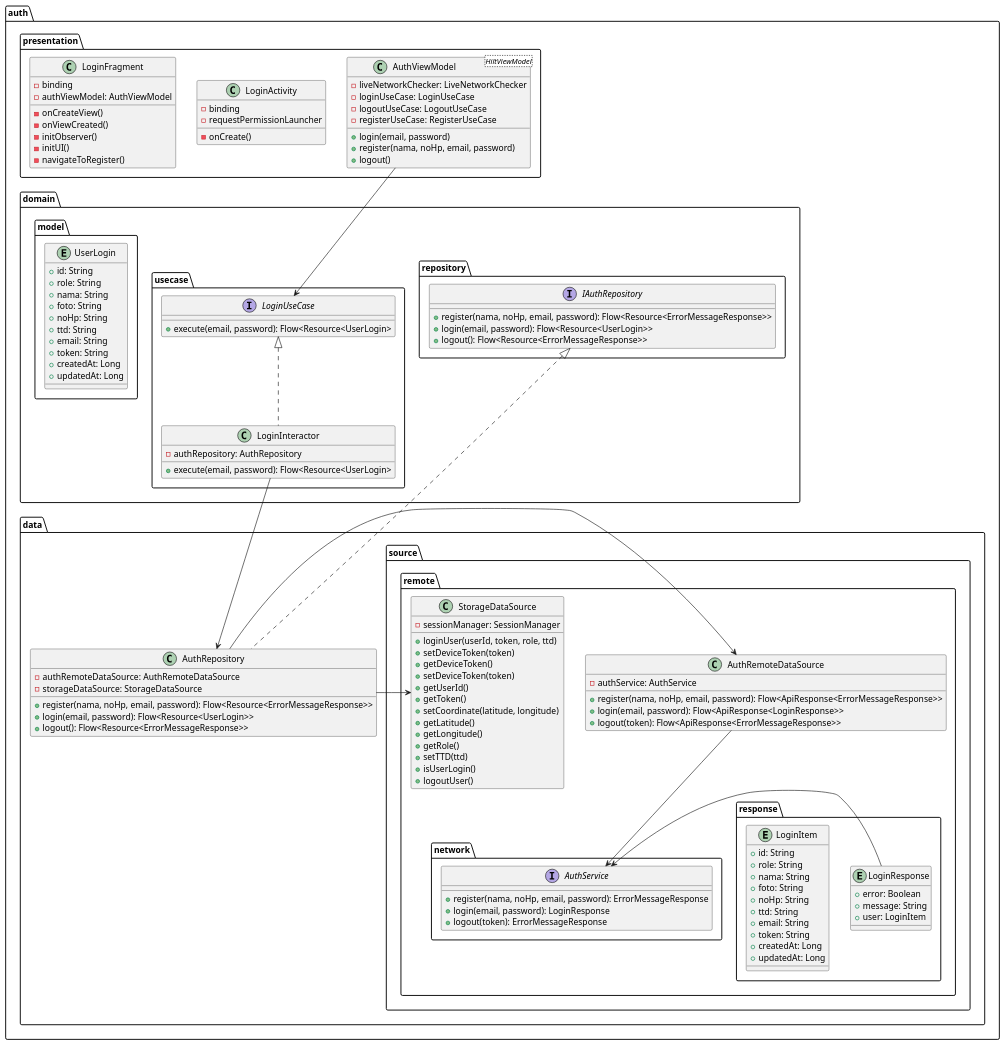
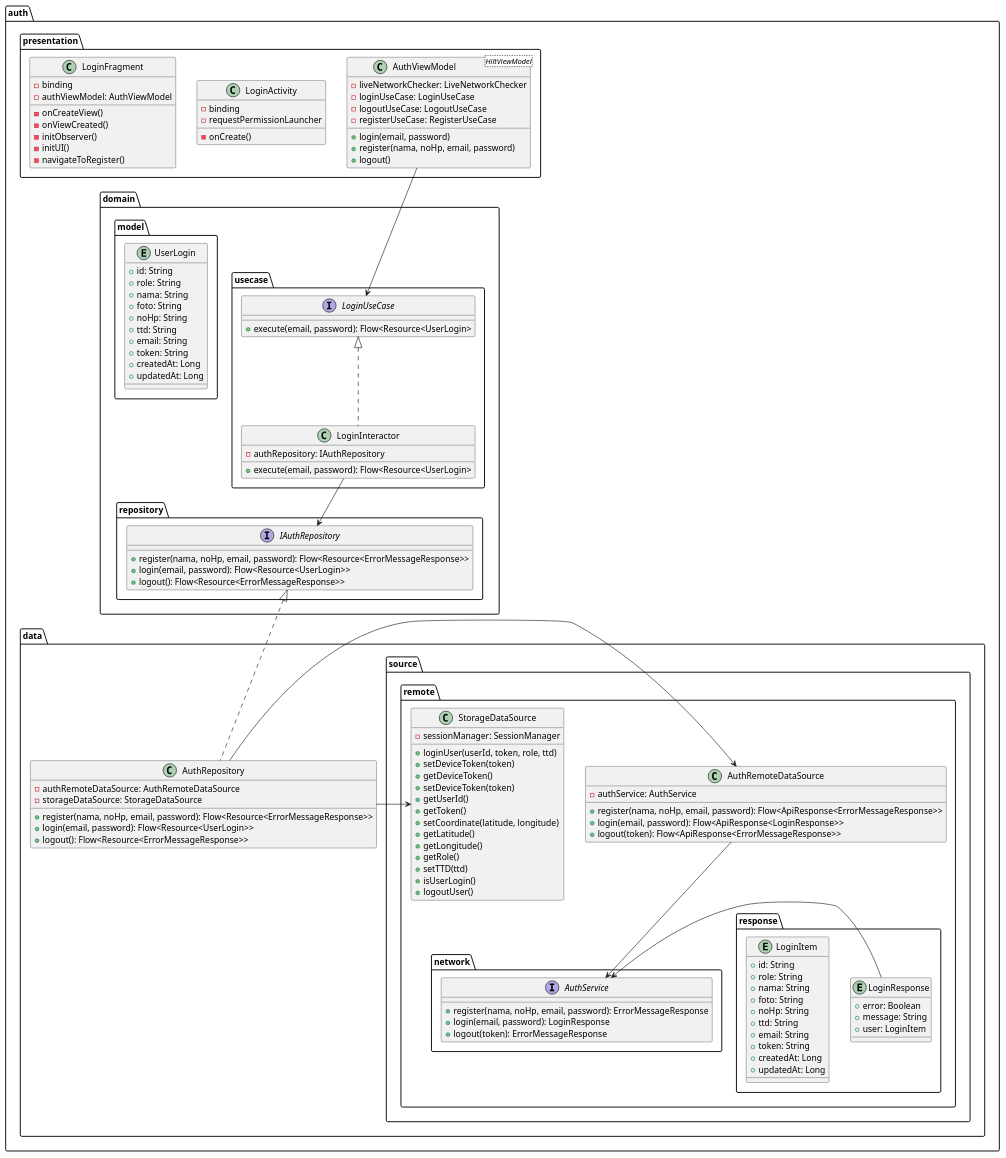
One commit to Pangeranmw/BurdaContractorAndroid changed the diagram in app/src/main/java/com/android/burdacontractor/external/diagram/classdiagram/BurdaClassDiagramTest.puml. Above: the diagram before and after it, drawn with PlantUML. The commit also changed 9 other files, not shown here.

Commit message:
update class diagram and repo

```diff
--- a/app/src/main/java/com/android/burdacontractor/external/diagram/classdiagram/BurdaClassDiagramTest.puml
+++ b/app/src/main/java/com/android/burdacontractor/external/diagram/classdiagram/BurdaClassDiagramTest.puml
@@ -1,108 +1,108 @@
 @startuml
 'https://plantuml.com/class-diagram
 
 class auth.data.source.remote.AuthRemoteDataSource{
     - authService: AuthService
     +register(nama, noHp, email, password): Flow<ApiResponse<ErrorMessageResponse>>
     +login(email, password): Flow<ApiResponse<LoginResponse>>
     +logout(token): Flow<ApiResponse<ErrorMessageResponse>>
 }
 class auth.domain.usecase.LoginInteractor implements auth.domain.usecase.LoginUseCase{
-    -authRepository: AuthRepository
+    -authRepository: IAuthRepository
     +execute(email, password): Flow<Resource<UserLogin>
 }
 interface auth.domain.usecase.LoginUseCase{
     +execute(email, password): Flow<Resource<UserLogin>
 }
 interface auth.domain.repository.IAuthRepository{
     + register(nama, noHp, email, password): Flow<Resource<ErrorMessageResponse>>
     + login(email, password): Flow<Resource<UserLogin>>
     + logout(): Flow<Resource<ErrorMessageResponse>>
 }
 interface auth.data.source.remote.network.AuthService{
     +register(nama, noHp, email, password): ErrorMessageResponse
     +login(email, password): LoginResponse
     +logout(token): ErrorMessageResponse
 }
 entity auth.data.source.remote.response.LoginResponse{
     +error: Boolean
     +message: String
     +user: LoginItem
 }
 entity auth.data.source.remote.response.LoginItem{
     +id: String
     +role: String
     +nama: String
     +foto: String
     +noHp: String
     +ttd: String
     +email: String
     +token: String
     +createdAt: Long
     +updatedAt: Long
 }
 auth.data.source.remote.response.LoginResponse -d> auth.data.source.remote.network.AuthService
 class auth.data.AuthRepository implements auth.domain.repository.IAuthRepository{
     - authRemoteDataSource: AuthRemoteDataSource
     - storageDataSource: StorageDataSource
     + register(nama, noHp, email, password): Flow<Resource<ErrorMessageResponse>>
     +login(email, password): Flow<Resource<UserLogin>>
     +logout(): Flow<Resource<ErrorMessageResponse>>
 }
 auth.data.AuthRepository -u> auth.data.source.remote.AuthRemoteDataSource
 auth.data.AuthRepository -> auth.data.source.remote.StorageDataSource
-auth.domain.usecase.LoginInteractor --d> auth.data.AuthRepository
+auth.domain.usecase.LoginInteractor --> auth.domain.repository.IAuthRepository
 auth.presentation.AuthViewModel --d> auth.domain.usecase.LoginUseCase
 auth.data.source.remote.AuthRemoteDataSource --d> auth.data.source.remote.network.AuthService
 class auth.presentation.AuthViewModel<HiltViewModel>{
     - liveNetworkChecker: LiveNetworkChecker
     - loginUseCase: LoginUseCase
     - logoutUseCase: LogoutUseCase
     - registerUseCase: RegisterUseCase
     +login(email, password)
     +register(nama, noHp, email, password)
     +logout()
 }
 entity auth.domain.model.UserLogin {
     +id: String
     +role: String
     +nama: String
     +foto: String
     +noHp: String
     +ttd: String
     +email: String
     +token: String
     +createdAt: Long
     +updatedAt: Long
 }
 class auth.presentation.LoginActivity {
     -binding
     -requestPermissionLauncher
     -onCreate()
 }
 class auth.presentation.LoginFragment{
     -binding
     -authViewModel: AuthViewModel
     -onCreateView()
     -onViewCreated()
     -initObserver()
     -initUI()
     -navigateToRegister()
 }
 class auth.data.source.remote.StorageDataSource{
     -sessionManager: SessionManager
     +loginUser(userId, token, role, ttd)
     +setDeviceToken(token)
     +getDeviceToken()
     +setDeviceToken(token)
     +getUserId()
     +getToken()
     +setCoordinate(latitude, longitude)
     +getLatitude()
     +getLongitude()
     +getRole()
     +setTTD(ttd)
     +isUserLogin()
     +logoutUser()
 }
 @enduml
```
